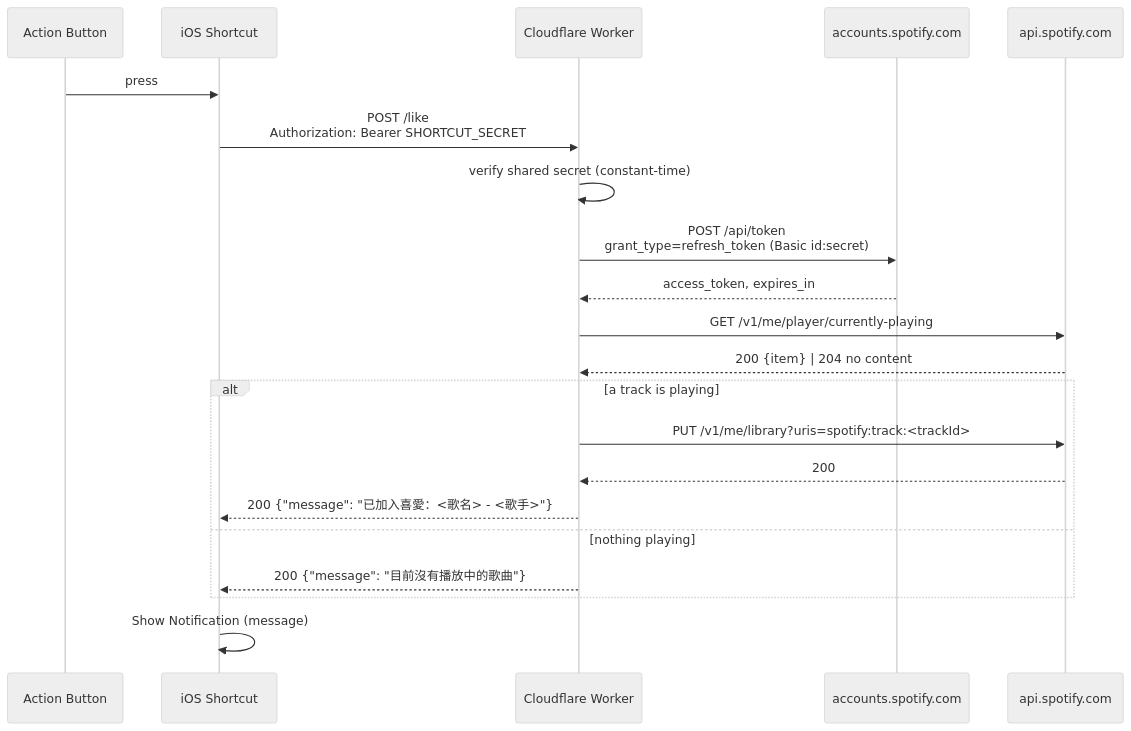
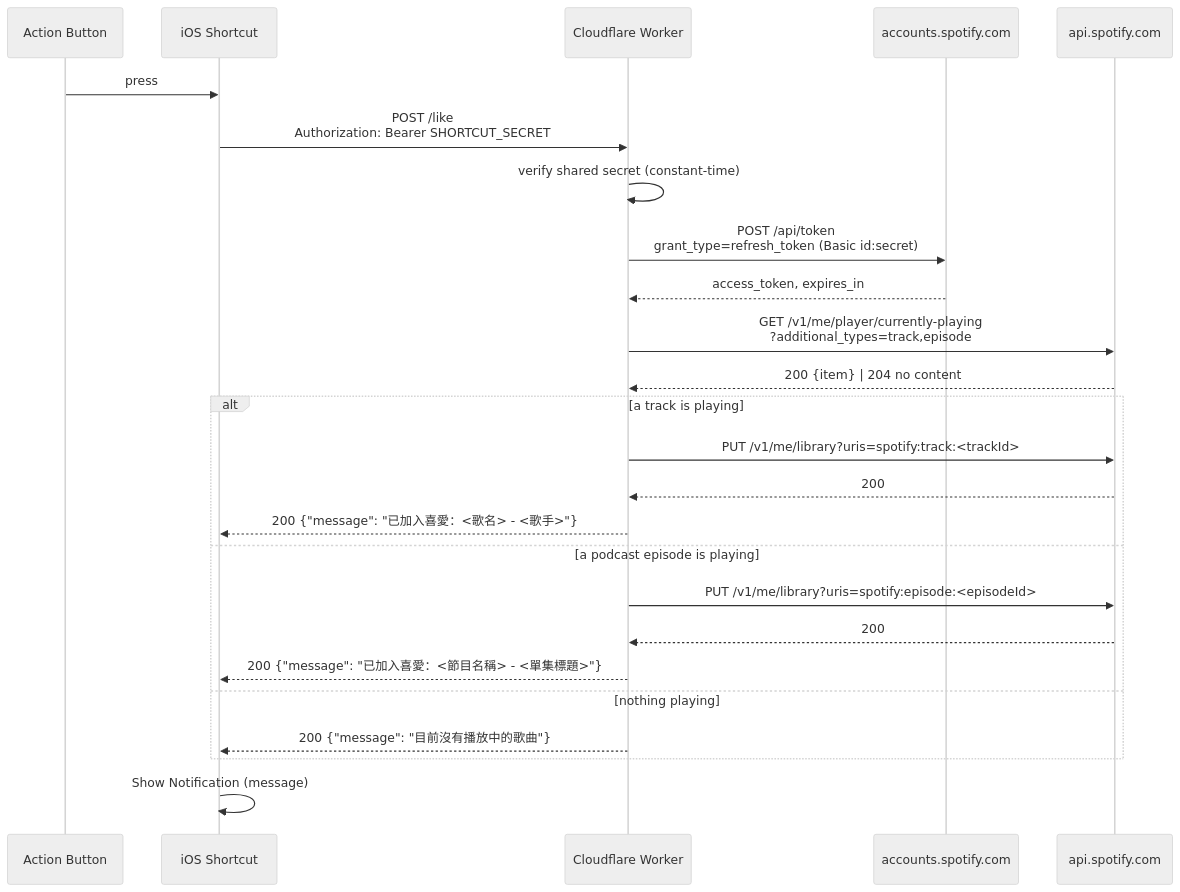
One commit to ParinLL/spotify-like changed the diagram in .kiro/specs/spotify-like-action-button/design.md. Above: the diagram before and after it, drawn with Mermaid (neutral theme). The commit also changed other lines of this file, not shown here.

````diff
--- a/.kiro/specs/spotify-like-action-button/design.md
+++ b/.kiro/specs/spotify-like-action-button/design.md
@@ -18,24 +18,28 @@
 ```mermaid
 sequenceDiagram
     participant AB as Action Button
     participant SC as iOS Shortcut
     participant W as Cloudflare Worker
     participant SA as accounts.spotify.com
     participant SP as api.spotify.com
 
     AB->>SC: press
     SC->>W: POST /like<br/>Authorization: Bearer SHORTCUT_SECRET
     W->>W: verify shared secret (constant-time)
     W->>SA: POST /api/token<br/>grant_type=refresh_token (Basic id:secret)
     SA-->>W: access_token, expires_in
-    W->>SP: GET /v1/me/player/currently-playing
+    W->>SP: GET /v1/me/player/currently-playing<br/>?additional_types=track,episode
     SP-->>W: 200 {item} | 204 no content
     alt a track is playing
         W->>SP: PUT /v1/me/library?uris=spotify:track:<trackId>
         SP-->>W: 200
         W-->>SC: 200 {"message": "已加入喜愛：<歌名> - <歌手>"}
+    else a podcast episode is playing
+        W->>SP: PUT /v1/me/library?uris=spotify:episode:<episodeId>
+        SP-->>W: 200
+        W-->>SC: 200 {"message": "已加入喜愛：<節目名稱> - <單集標題>"}
     else nothing playing
         W-->>SC: 200 {"message": "目前沒有播放中的歌曲"}
     end
     SC->>SC: Show Notification (message)
 ```
````
